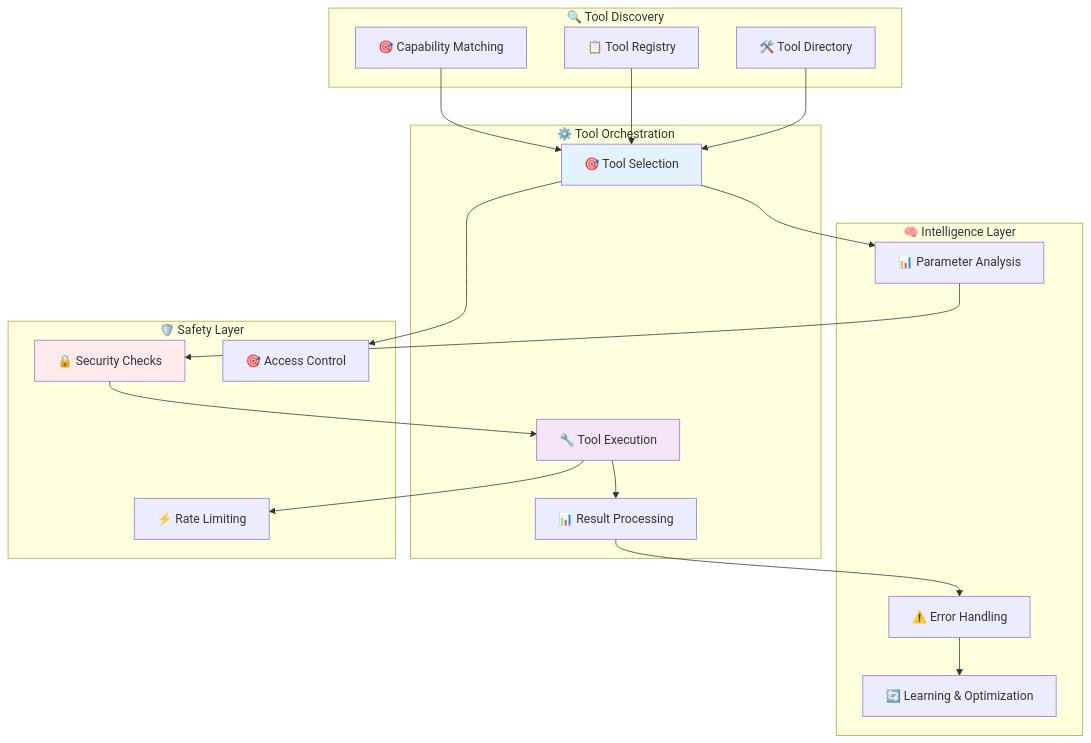
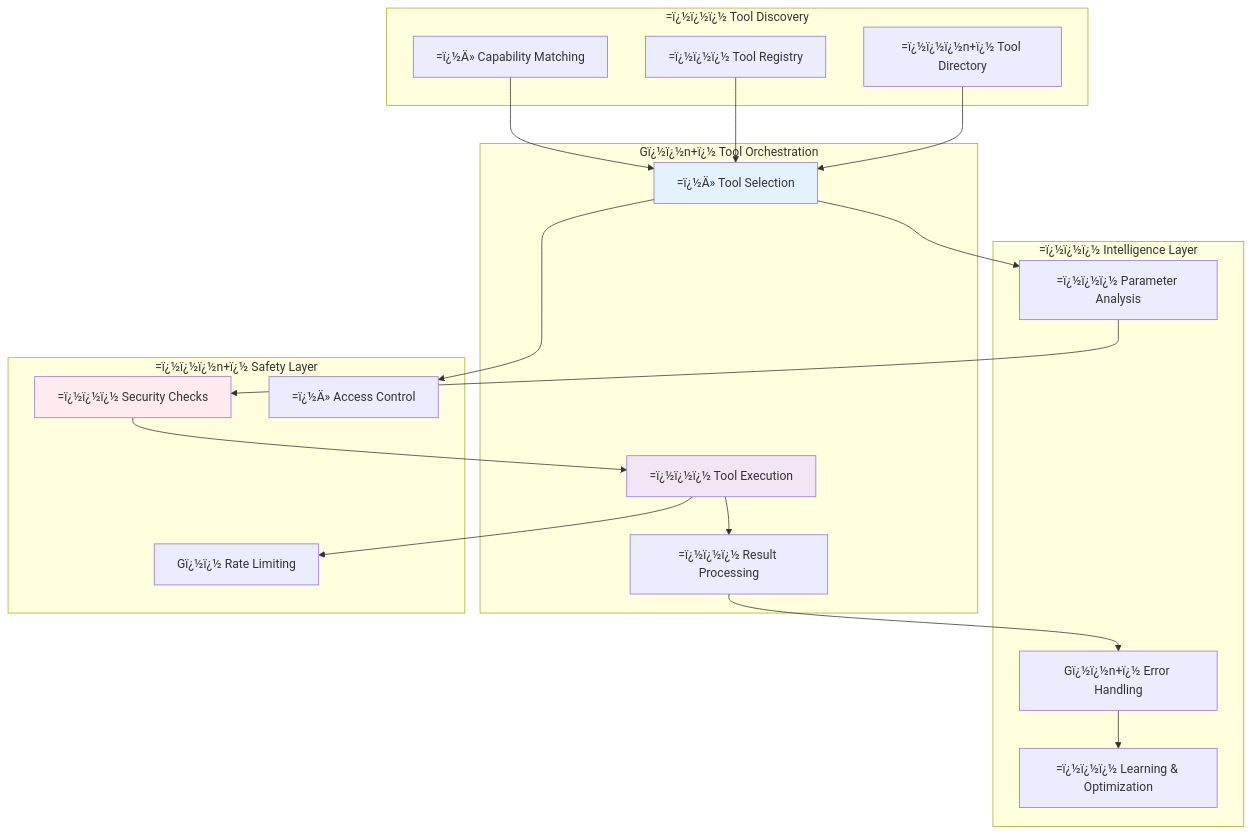
One commit to framersai/agentos-live-docs changed diagram 14 of 15 in packages/agentos/docs/ARCHITECTURE.md. Above: the diagram before and after it, drawn with Mermaid. The commit also changed other lines of this file and 47 other files, not shown here.

````diff
--- a/packages/agentos/docs/ARCHITECTURE.md
+++ b/packages/agentos/docs/ARCHITECTURE.md
@@ -2691,45 +2699,45 @@
 ```mermaid
 graph TB
-    subgraph "🔍 Tool Discovery"
-        TD[🛠️ Tool Directory]
-        TR[📋 Tool Registry]
-        TC[🎯 Capability Matching]
+    subgraph "=ï¿½ï¿½ï¿½ Tool Discovery"
+        TD[=ï¿½ï¿½ï¿½n+ï¿½ Tool Directory]
+        TR[=ï¿½ï¿½ï¿½ Tool Registry]
+        TC[=ï¿½Ä» Capability Matching]
     end
     
-    subgraph "⚙️ Tool Orchestration"
-        TS[🎯 Tool Selection]
-        TE[🔧 Tool Execution]
-        TR_RESULT[📊 Result Processing]
+    subgraph "Gï¿½ï¿½n+ï¿½ Tool Orchestration"
+        TS[=ï¿½Ä» Tool Selection]
+        TE[=ï¿½ï¿½ï¿½ Tool Execution]
+        TR_RESULT[=ï¿½ï¿½ï¿½ Result Processing]
     end
     
-    subgraph "🧠 Intelligence Layer"
-        PA[📊 Parameter Analysis]
-        EC[⚠️ Error Handling]
-        LO[🔄 Learning & Optimization]
+    subgraph "=ï¿½ï¿½ï¿½ Intelligence Layer"
+        PA[=ï¿½ï¿½ï¿½ Parameter Analysis]
+        EC[Gï¿½ï¿½n+ï¿½ Error Handling]
+        LO[=ï¿½ï¿½ï¿½ Learning & Optimization]
     end
     
-    subgraph "🛡️ Safety Layer"
-        SC[🔒 Security Checks]
-        AC[🎯 Access Control]
-        RL[⚡ Rate Limiting]
+    subgraph "=ï¿½ï¿½ï¿½n+ï¿½ Safety Layer"
+        SC[=ï¿½ï¿½ï¿½ Security Checks]
+        AC[=ï¿½Ä» Access Control]
+        RL[Gï¿½ï¿½ Rate Limiting]
     end
     
     TD --> TS
     TR --> TS
     TC --> TS
     
     TS --> PA
     PA --> SC
     SC --> TE
     
     TE --> TR_RESULT
     TR_RESULT --> EC
     EC --> LO
     
     TS --> AC
     TE --> RL
     
     style TS fill:#e3f2fd
     style TE fill:#f3e5f5
     style SC fill:#ffebee
 ```
````
